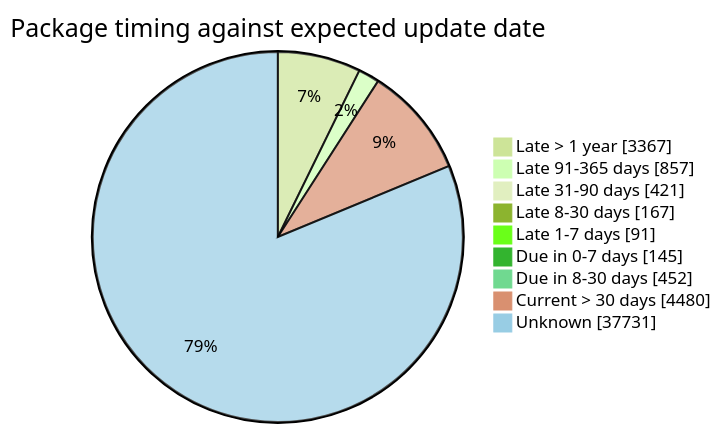
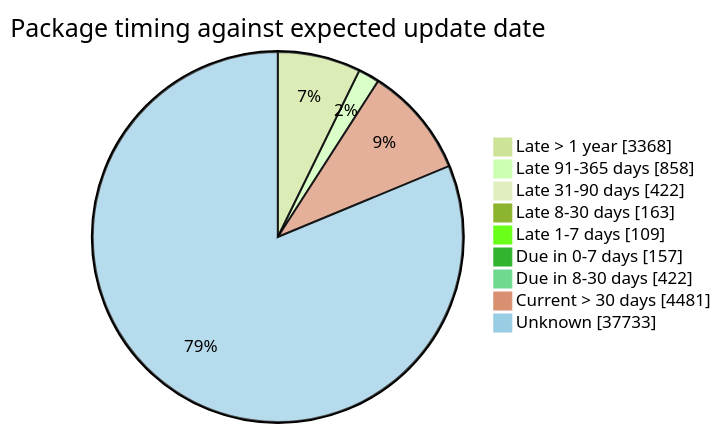
One commit to open-data/analytics-corporate-reporting changed the fourth of 5 diagrams in FreshCheck/README.md. Above: the diagram before and after it, drawn with Mermaid (forest theme). The commit also changed other lines of this file and 3 other files, not shown here.

````diff
--- a/FreshCheck/README.md
+++ b/FreshCheck/README.md
@@ -86,12 +86,12 @@
 ```mermaid
 pie showData title Package timing against expected update date
-    "Late > 1 year": 3367
-    "Late 91-365 days": 857
-    "Late 31-90 days": 421
-    "Late 8-30 days": 167
-    "Late 1-7 days": 91
-    "Due in 0-7 days": 145
-    "Due in 8-30 days": 452
-    "Current > 30 days": 4480
-    "Unknown": 37731
+    "Late > 1 year": 3368
+    "Late 91-365 days": 858
+    "Late 31-90 days": 422
+    "Late 8-30 days": 163
+    "Late 1-7 days": 109
+    "Due in 0-7 days": 157
+    "Due in 8-30 days": 422
+    "Current > 30 days": 4481
+    "Unknown": 37733
 ```
````
